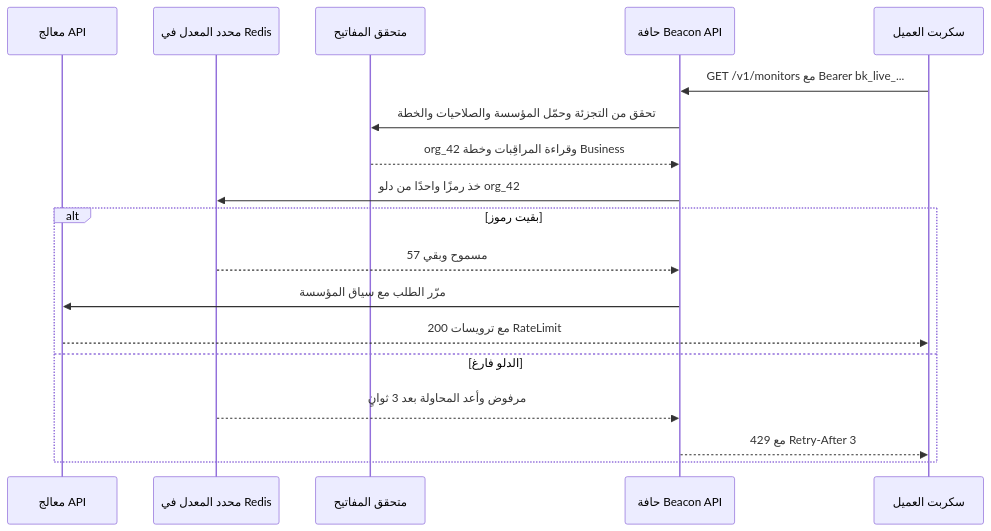
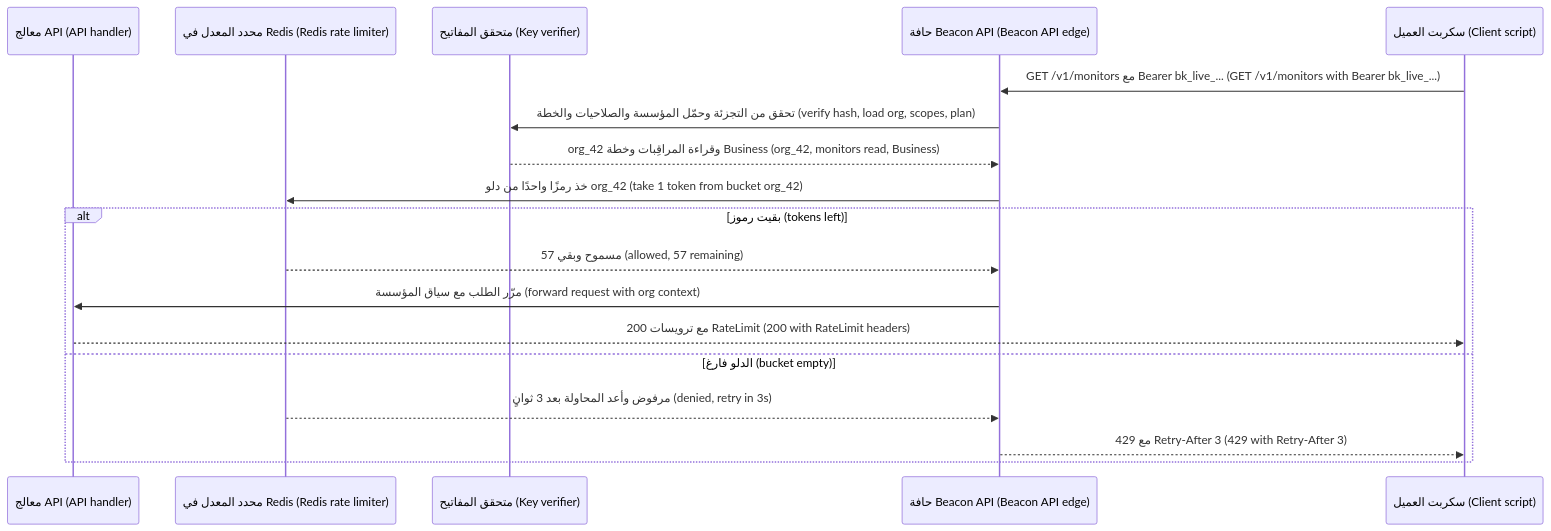
The second of 4 diagrams in saas/modules/05-background-integrations.ar.md (Tamoura/system-design-for-vibe-coders), drawn with Mermaid before and after one commit. The commit also changed other lines of this file and 62 other files, not shown here.

First line of the commit message:
Arabic editions: English on every diagram label, RTL fixes, rebuild

````diff
--- a/saas/modules/05-background-integrations.ar.md
+++ b/saas/modules/05-background-integrations.ar.md
@@ -395,20 +395,20 @@
 ```mermaid
 sequenceDiagram
-    participant A as معالج API
-    participant R as محدد المعدل في Redis
-    participant K as متحقق المفاتيح
-    participant G as حافة Beacon API
-    participant C as سكربت العميل
-  C->>G: GET /v1/monitors مع Bearer bk_live_...
-  G->>K: تحقق من التجزئة وحمّل المؤسسة والصلاحيات والخطة
-  K-->>G: org_42 وقراءة المراقِبات وخطة Business
-  G->>R: خذ رمزًا واحدًا من دلو org_42
-  alt بقيت رموز
-    R-->>G: مسموح وبقي 57
-    G->>A: مرّر الطلب مع سياق المؤسسة
-    A-->>C: 200 مع ترويسات RateLimit
-  else الدلو فارغ
-    R-->>G: مرفوض وأعد المحاولة بعد 3 ثوانٍ
-    G-->>C: 429 مع Retry-After 3
+    participant A as معالج API (API handler)
+    participant R as محدد المعدل في Redis (Redis rate limiter)
+    participant K as متحقق المفاتيح (Key verifier)
+    participant G as حافة Beacon API (Beacon API edge)
+    participant C as سكربت العميل (Client script)
+  C->>G: GET /v1/monitors مع Bearer bk_live_... (GET /v1/monitors with Bearer bk_live_...)
+  G->>K: تحقق من التجزئة وحمّل المؤسسة والصلاحيات والخطة (verify hash, load org, scopes, plan)
+  K-->>G: org_42 وقراءة المراقِبات وخطة Business (org_42, monitors read, Business)
+  G->>R: خذ رمزًا واحدًا من دلو org_42 (take 1 token from bucket org_42)
+  alt بقيت رموز (tokens left)
+    R-->>G: مسموح وبقي 57 (allowed, 57 remaining)
+    G->>A: مرّر الطلب مع سياق المؤسسة (forward request with org context)
+    A-->>C: 200 مع ترويسات RateLimit (200 with RateLimit headers)
+  else الدلو فارغ (bucket empty)
+    R-->>G: مرفوض وأعد المحاولة بعد 3 ثوانٍ (denied, retry in 3s)
+    G-->>C: 429 مع Retry-After 3 (429 with Retry-After 3)
   end
 ```
````
